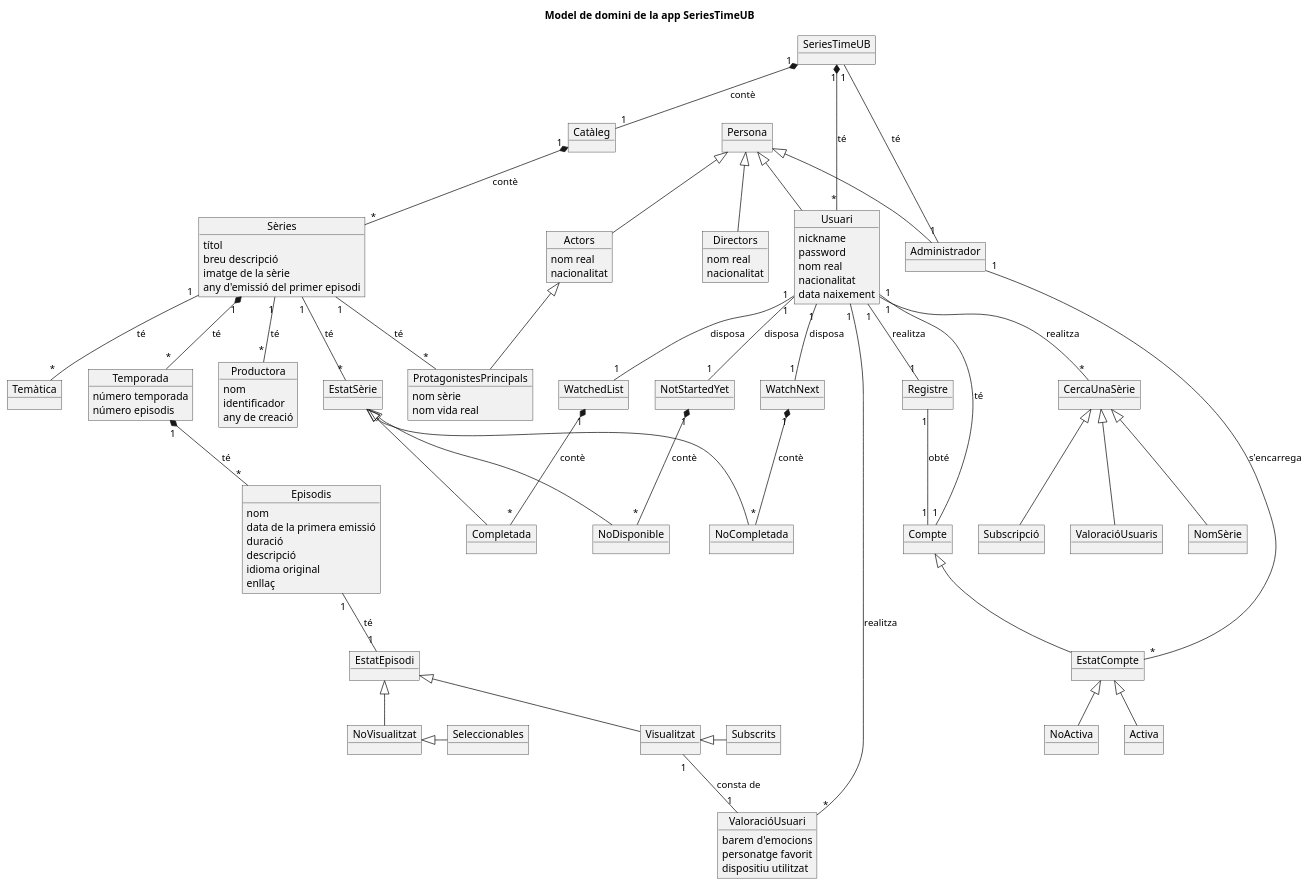
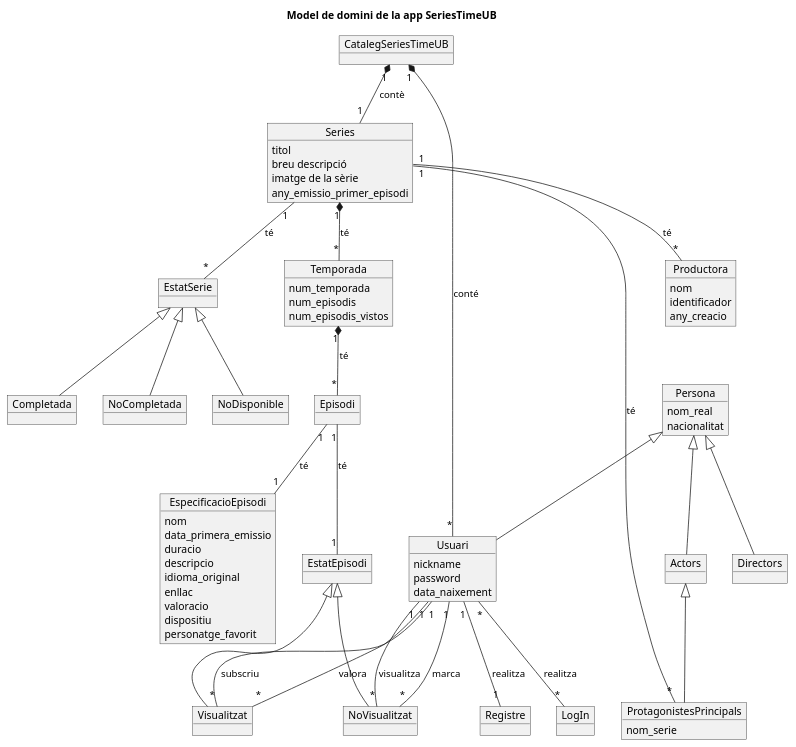
One commit to laurentiuNedelcu/SeriesTimeUB changed the diagram in Model de domini/ModelDeDominiSTUB.puml. Above: the diagram before and after it, drawn with PlantUML. The commit also changed 3 other files, not shown here.

```diff
--- a/Model de domini/ModelDeDominiSTUB.puml
+++ b/Model de domini/ModelDeDominiSTUB.puml
@@ -1,125 +1,83 @@
 @startuml
-
 title Model de domini de la app SeriesTimeUB
 
-object SeriesTimeUB
-object Catàleg
-object Sèries{
-    títol
+object CatalegSeriesTimeUB
+object Series{
+    titol
     breu descripció
     imatge de la sèrie
-    any d'emissió del primer episodi
+    any_emissio_primer_episodi
 }
+object EstatSerie
+object Completada
+object NoCompletada
+object NoDisponible
 object Temporada{
-    número temporada
-    número episodis
+    num_temporada
+    num_episodis
+    num_episodis_vistos
 }
-object Episodis{
+object Episodi
+object EspecificacioEpisodi{
     nom
-    data de la primera emissió
-    duració
-    descripció
-    idioma original
-    enllaç
+    data_primera_emissio
+    duracio
+    descripcio
+    idioma_original
+    enllac
+    valoracio
+    dispositiu
+    personatge_favorit
 }
-object Persona
+object EstatEpisodi
+object Visualitzat
+object NoVisualitzat
+object Persona{
+    nom_real
+    nacionalitat
+}
 object Usuari{
     nickname
     password
-    nom real
-    nacionalitat
-    data naixement
+    data_naixement
 }
-object Actors{
-    nom real
-    nacionalitat
-}
-object Directors{
-    nom real
-    nacionalitat
-}
+object Registre
+object LogIn
+object Actors
+object Directors
 object ProtagonistesPrincipals{
-    nom sèrie
-    nom vida real
+    nom_serie
 }
 object Productora{
     nom
     identificador
-    any de creació
+    any_creacio
 }
-object Registre
-object WatchedList
-object WatchNext
-object NotStartedYet
-object EstatSèrie
-object Completada
-object NoCompletada
-object NoDisponible
-object EstatEpisodi
-object Visualitzat
-object NoVisualitzat
-object Subscrits
-object Seleccionables
-object ValoracióUsuari{
-    barem d'emocions
-    personatge favorit
-    dispositiu utilitzat
-}
-object Administrador
-object Compte
-object EstatCompte
-object Activa
-object NoActiva
-object CercaUnaSèrie
-object ValoracióUsuaris
-object NomSèrie
-object Subscripció
-object Temàtica
 
-SeriesTimeUB "1" *-- "1" Catàleg :contè
-Catàleg "1" *-- "*" Sèries :contè
-Sèries "1" *-- "*" Temporada :té
-Temporada "1" *-- "*" Episodis :té
-SeriesTimeUB "1" *-- "*" Usuari :té
-WatchedList "1" *--"*" Completada :contè
-WatchNext "1" *--"*" NoCompletada :contè
-NotStartedYet "1" *--"*" NoDisponible :contè
+CatalegSeriesTimeUB "1" *-- "1" Series :contè
+Series "1" *-- "*" Temporada :té
+Temporada "1" *-- "*" Episodi :té
+CatalegSeriesTimeUB "1" *-- "*" Usuari :conté
 
 Persona <|-- Actors
 Persona <|-- Directors
 Persona <|-- Usuari
-Persona <|-- Administrador
 Actors <|-- ProtagonistesPrincipals
-EstatSèrie <|-- Completada
-EstatSèrie <|-- NoCompletada
-EstatSèrie <|-- NoDisponible
+EstatSerie <|-- Completada
+EstatSerie <|-- NoCompletada
+EstatSerie <|-- NoDisponible
 EstatEpisodi <|-- Visualitzat
 EstatEpisodi <|-- NoVisualitzat
-Visualitzat <|-Subscrits
-NoVisualitzat <|- Seleccionables
-Compte <|-- EstatCompte
-EstatCompte <|-- Activa
-EstatCompte <|-- NoActiva
-CercaUnaSèrie <|-- ValoracióUsuaris
-CercaUnaSèrie <|-- NomSèrie
-CercaUnaSèrie <|-- Subscripció
 
-
-Sèries "1" -- "*" Productora :té
-Sèries "1" -- "*" ProtagonistesPrincipals :té
-Sèries "1" -- "*" EstatSèrie :té
-Episodis "1" -- "1" EstatEpisodi :té
+Series "1" -- "*" Productora :té
+Series "1" -- "*" ProtagonistesPrincipals :té
+Series "1" -- "*" EstatSerie :té
+Episodi "1" -- "1" EstatEpisodi :té
+Episodi "1" -- "1" EspecificacioEpisodi :té
 Usuari "1" -- "1" Registre :realitza
-Usuari "1" -- "1" WatchedList :disposa
-Usuari "1" -- "1" WatchNext :disposa
-Usuari "1" -- "1" NotStartedYet :disposa
-Usuari "1" -- "*" ValoracióUsuari :realitza
-Visualitzat "1" -- "1" ValoracióUsuari: consta de
-SeriesTimeUB "1" -- "1" Administrador: té
-Usuari "1" -- "1" Compte: té
-Administrador "1" -- "*" EstatCompte: s'encarrega
-Registre "1" -- "1" Compte: obté
-Usuari "1" -- "*" CercaUnaSèrie: realitza
-Sèries "1" -- "*" Temàtica: té
-
+Usuari "*" -- "*" LogIn :realitza
+Usuari "1" -- "*" Visualitzat : subscriu
+Usuari "1" -- "*" Visualitzat : valora
+Usuari "1" -- "*" NoVisualitzat : visualitza
+Usuari "1" -- "*" NoVisualitzat : marca
 @enduml
```
